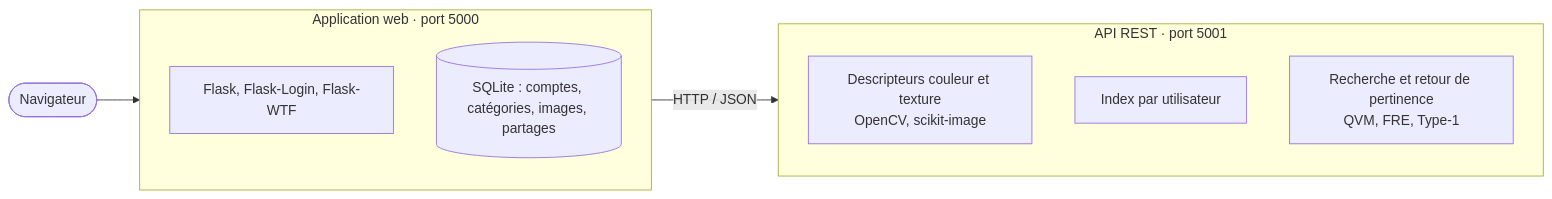
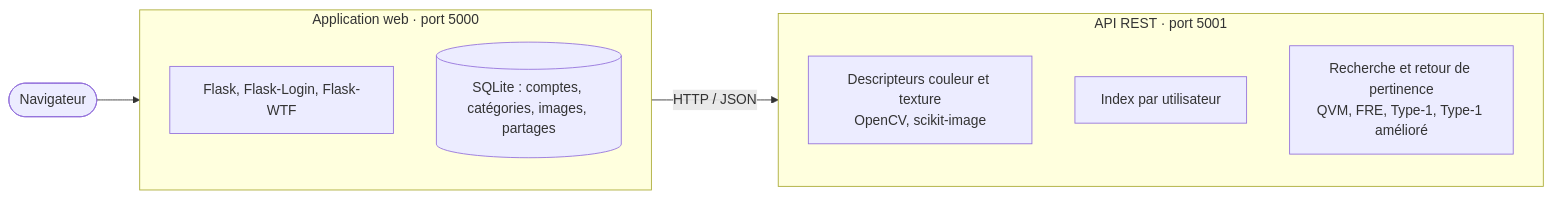
The diagram in README.md (Minyurano/galerie-cbir), drawn with Mermaid before and after one commit. The commit also changed other lines of this file and 14 other files, not shown here.

````diff
--- a/README.md
+++ b/README.md
@@ -110,16 +119,16 @@
 ```mermaid
 flowchart LR
     U([Navigateur]) --> W
     subgraph W [Application web · port 5000]
       direction TB
       W1[Flask, Flask-Login, Flask-WTF]
       W2[(SQLite : comptes, catégories, images, partages)]
     end
     W -- HTTP / JSON --> A
     subgraph A [API REST · port 5001]
       direction TB
       A1[Descripteurs couleur et texture<br/>OpenCV, scikit-image]
       A2[Index par utilisateur]
-      A3[Recherche et retour de pertinence<br/>QVM, FRE, Type-1]
+      A3[Recherche et retour de pertinence<br/>QVM, FRE, Type-1, Type-1 amélioré]
     end
 ```
````
